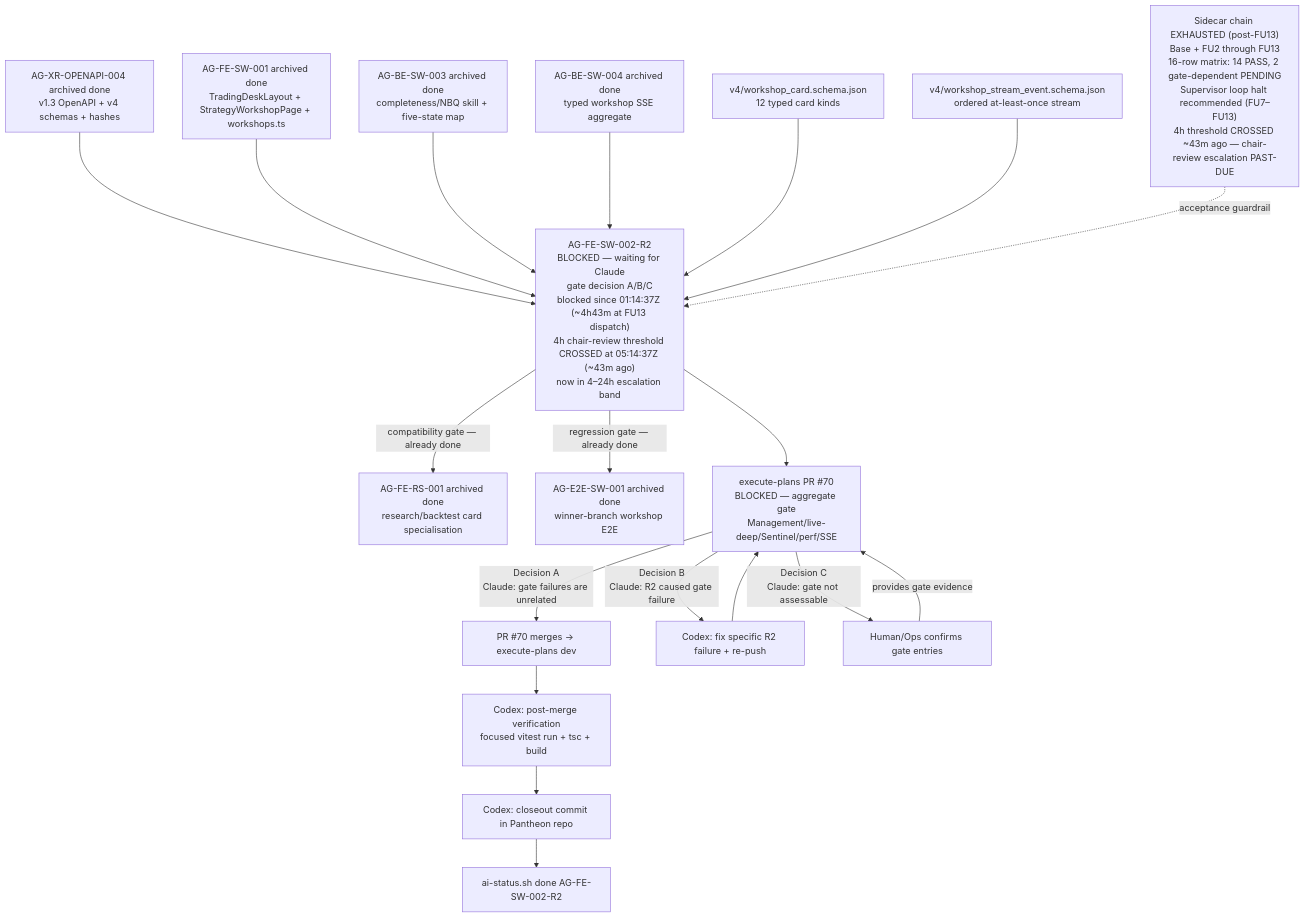
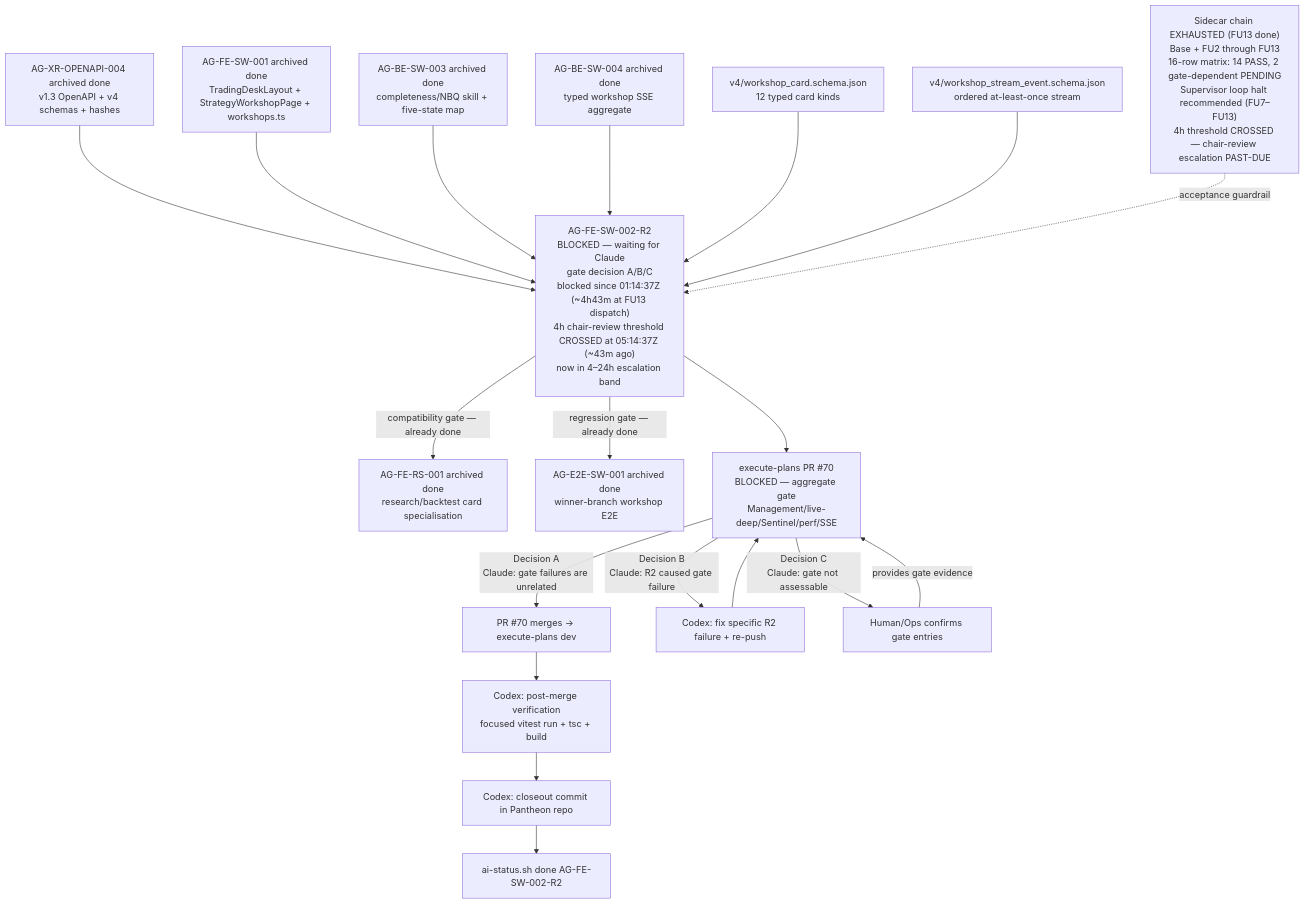
The diagram in support/sidecars/AG-FE-SW-002-R2/AG-FE-SW-002-R2-SIDECAR-ACCEPTANCE-FOLLOWUP-13.md (ajoe734/pantheon), drawn with Mermaid before and after one commit. The commit also changed other lines of this file, not shown here.

First line of the commit message:
AG-FE-SW-002-R2-SIDECAR-ACCEPTANCE-FOLLOWUP-13: closeout finalization

````diff
--- a/support/sidecars/AG-FE-SW-002-R2/AG-FE-SW-002-R2-SIDECAR-ACCEPTANCE-FOLLOWUP-13.md
+++ b/support/sidecars/AG-FE-SW-002-R2/AG-FE-SW-002-R2-SIDECAR-ACCEPTANCE-FOLLOWUP-13.md
@@ -208,28 +208,28 @@
 ```mermaid
 graph TD
     XR004["AG-XR-OPENAPI-004 archived done<br/>v1.3 OpenAPI + v4 schemas + hashes"] --> FESW002R2
     FESW001["AG-FE-SW-001 archived done<br/>TradingDeskLayout + StrategyWorkshopPage + workshops.ts"] --> FESW002R2
     BESW003["AG-BE-SW-003 archived done<br/>completeness/NBQ skill + five-state map"] --> FESW002R2
     BESW004["AG-BE-SW-004 archived done<br/>typed workshop SSE aggregate"] --> FESW002R2
     CardSchema["v4/workshop_card.schema.json<br/>12 typed card kinds"] --> FESW002R2
     StreamSchema["v4/workshop_stream_event.schema.json<br/>ordered at-least-once stream"] --> FESW002R2
 
     FESW002R2["AG-FE-SW-002-R2<br/>BLOCKED — waiting for Claude<br/>gate decision A/B/C<br/>blocked since 01:14:37Z (~4h43m at FU13 dispatch)<br/>4h chair-review threshold CROSSED at 05:14:37Z (~43m ago)<br/>now in 4–24h escalation band"]
 
     FESW002R2 -->|"compatibility gate — already done"| FERS001["AG-FE-RS-001 archived done<br/>research/backtest card specialisation"]
     FESW002R2 -->|"regression gate — already done"| E2E["AG-E2E-SW-001 archived done<br/>winner-branch workshop E2E"]
     FESW002R2 --> PR70["execute-plans PR #70<br/>BLOCKED — aggregate gate<br/>Management/live-deep/Sentinel/perf/SSE"]
 
     PR70 -->|"Decision A<br/>Claude: gate failures are unrelated"| Merge["PR #70 merges → execute-plans dev"]
     PR70 -->|"Decision B<br/>Claude: R2 caused gate failure"| Fix["Codex: fix specific R2 failure + re-push"]
     PR70 -->|"Decision C<br/>Claude: gate not assessable"| HumanOps["Human/Ops confirms gate entries"]
 
     Fix --> PR70
     HumanOps -->|"provides gate evidence"| PR70
 
     Merge --> PostMerge["Codex: post-merge verification<br/>focused vitest run + tsc + build"]
     PostMerge --> CloseoutCommit["Codex: closeout commit in Pantheon repo"]
     CloseoutCommit --> Done["ai-status.sh done AG-FE-SW-002-R2"]
 
-    SidecarChain["Sidecar chain EXHAUSTED (post-FU13)<br/>Base + FU2 through FU13<br/>16-row matrix: 14 PASS, 2 gate-dependent PENDING<br/>Supervisor loop halt recommended (FU7–FU13)<br/>4h threshold CROSSED ~43m ago — chair-review escalation PAST-DUE"] -.->|"acceptance guardrail"| FESW002R2
+    SidecarChain["Sidecar chain EXHAUSTED (FU13 done)<br/>Base + FU2 through FU13<br/>16-row matrix: 14 PASS, 2 gate-dependent PENDING<br/>Supervisor loop halt recommended (FU7–FU13)<br/>4h threshold CROSSED — chair-review escalation PAST-DUE"] -.->|"acceptance guardrail"| FESW002R2
 ```
````
